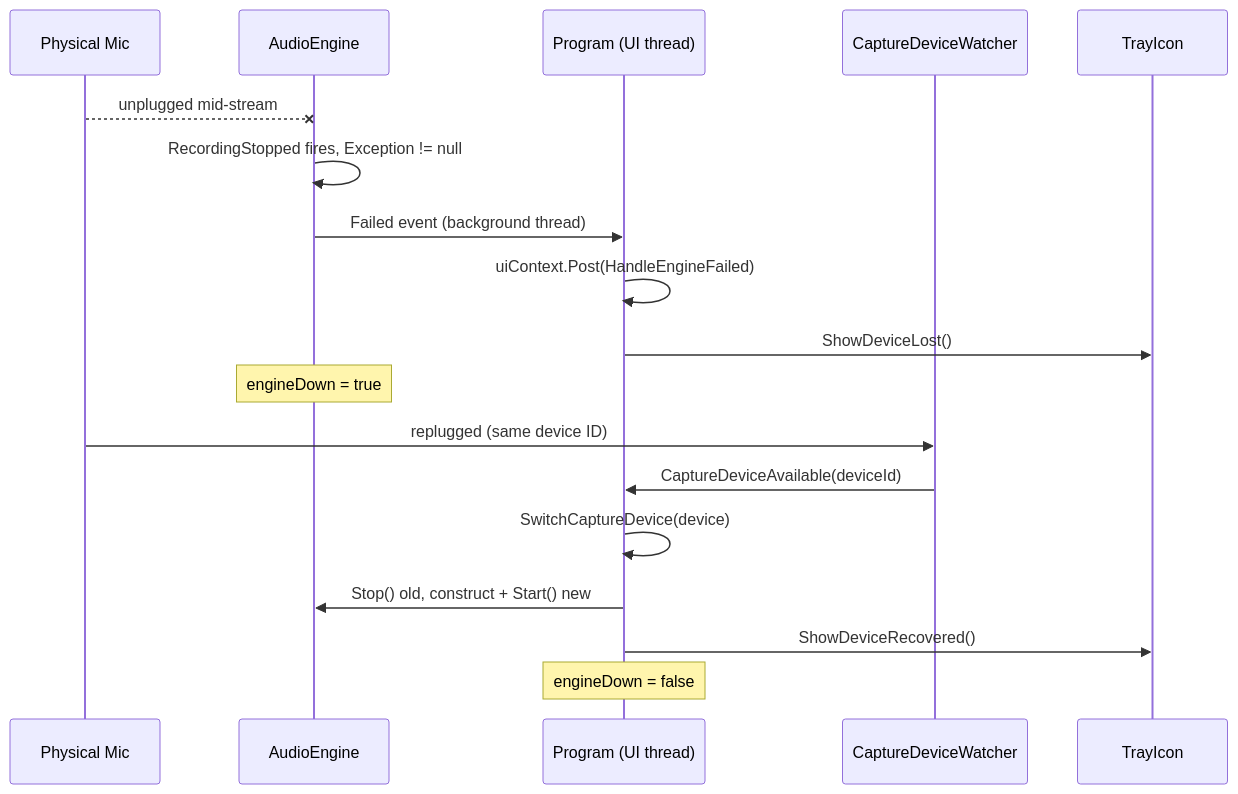
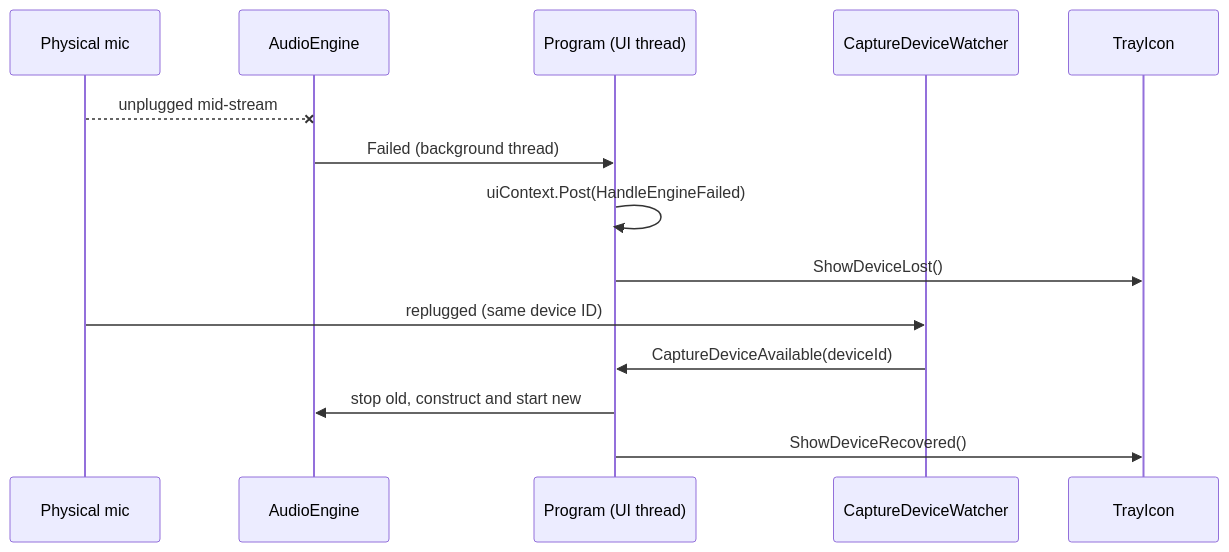
One commit to yassine-krichen/noelmic-discord-virtual-mic-dsp changed the second of 2 diagrams in README.md. Above: the diagram before and after it, drawn with Mermaid. The commit also changed other lines of this file and 10 other files, not shown here.

````diff
--- a/README.md
+++ b/README.md
@@ -91,22 +62,17 @@
 ```mermaid
 sequenceDiagram
-    participant Mic as Physical Mic
+    participant Mic as Physical mic
     participant Engine as AudioEngine
     participant Prog as Program (UI thread)
     participant Watcher as CaptureDeviceWatcher
     participant Tray as TrayIcon
 
     Mic--xEngine: unplugged mid-stream
-    Engine->>Engine: RecordingStopped fires, Exception != null
-    Engine->>Prog: Failed event (background thread)
+    Engine->>Prog: Failed (background thread)
     Prog->>Prog: uiContext.Post(HandleEngineFailed)
     Prog->>Tray: ShowDeviceLost()
-    Note over Engine: engineDown = true
-
     Mic->>Watcher: replugged (same device ID)
     Watcher->>Prog: CaptureDeviceAvailable(deviceId)
-    Prog->>Prog: SwitchCaptureDevice(device)
-    Prog->>Engine: Stop() old, construct + Start() new
+    Prog->>Engine: stop old, construct and start new
     Prog->>Tray: ShowDeviceRecovered()
-    Note over Prog: engineDown = false
 ```
````
